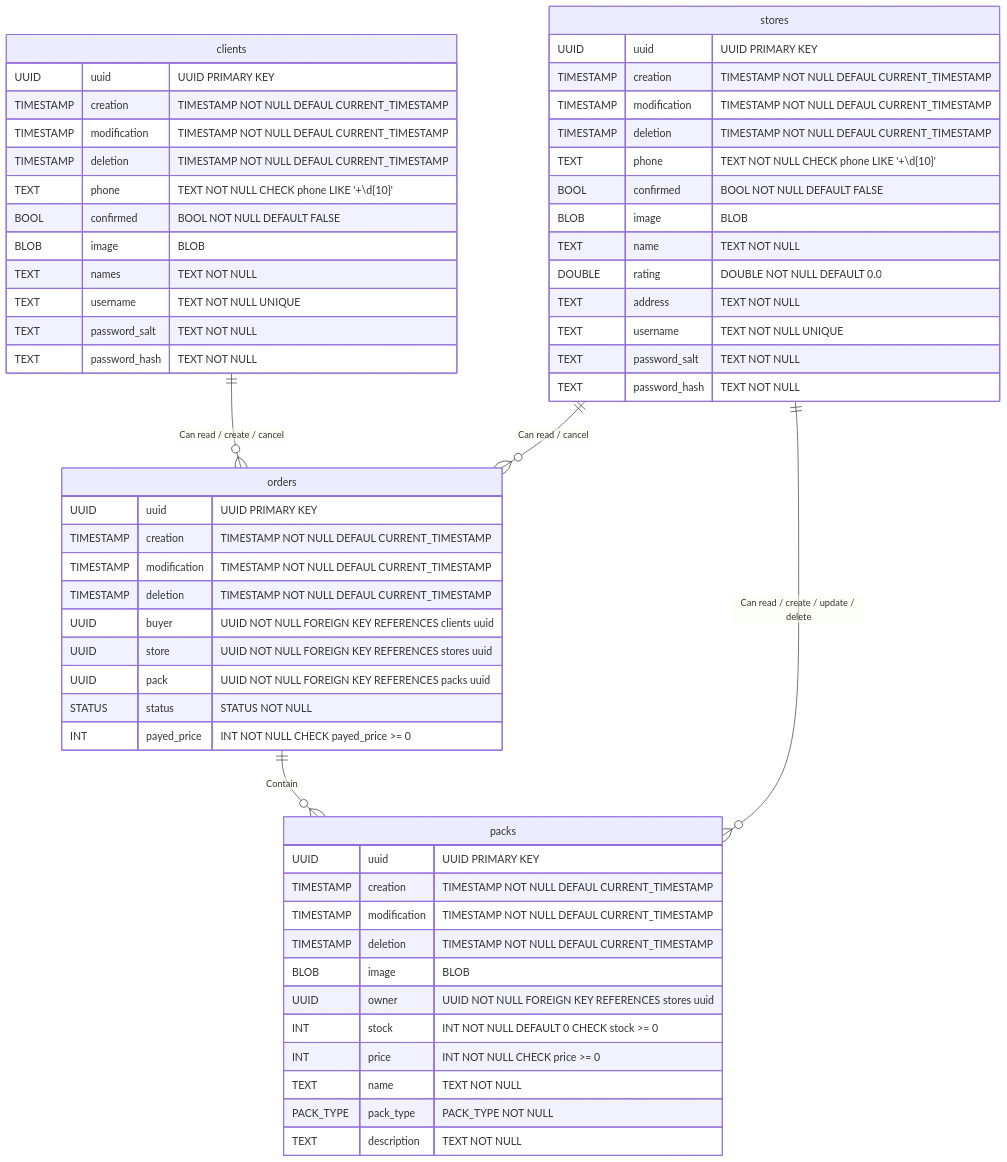
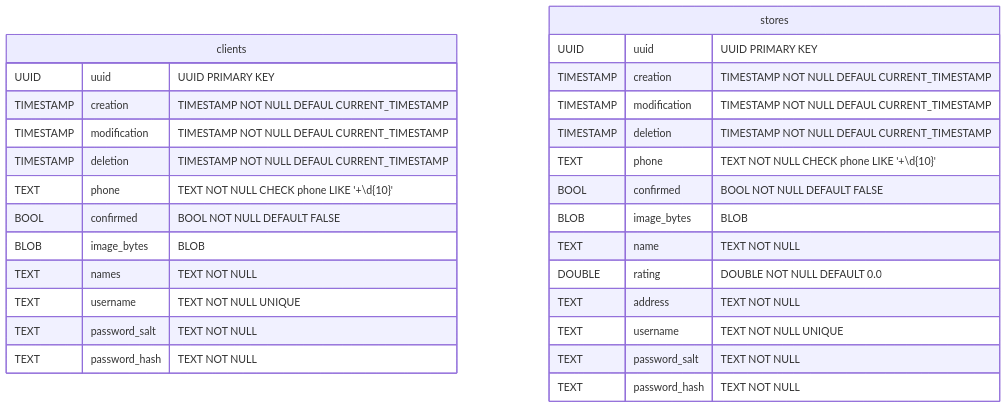
The first of 5 diagrams in docs/Database.md (ReSupplyOrg/dealer), drawn with Mermaid before and after one commit. The commit also changed other lines of this file, not shown here.

````diff
--- a/docs/Database.md
+++ b/docs/Database.md
@@ -5,64 +7,32 @@
 ```mermaid
 erDiagram
 
 clients {
 	UUID uuid "UUID PRIMARY KEY"
 	TIMESTAMP creation "TIMESTAMP NOT NULL DEFAUL CURRENT_TIMESTAMP"
 	TIMESTAMP modification "TIMESTAMP NOT NULL DEFAUL CURRENT_TIMESTAMP"
 	TIMESTAMP deletion "TIMESTAMP NOT NULL DEFAUL CURRENT_TIMESTAMP"
 	TEXT phone "TEXT NOT NULL CHECK phone LIKE '\+\d{10}'"
 	BOOL confirmed "BOOL NOT NULL DEFAULT FALSE"
-	BLOB image "BLOB"
+	BLOB image_bytes "BLOB"
 	TEXT names "TEXT NOT NULL"
 	TEXT username "TEXT NOT NULL UNIQUE"
 	TEXT password_salt "TEXT NOT NULL"
 	TEXT password_hash "TEXT NOT NULL"
 }
-
 stores {
 	UUID uuid "UUID PRIMARY KEY"
 	TIMESTAMP creation "TIMESTAMP NOT NULL DEFAUL CURRENT_TIMESTAMP"
 	TIMESTAMP modification "TIMESTAMP NOT NULL DEFAUL CURRENT_TIMESTAMP"
 	TIMESTAMP deletion "TIMESTAMP NOT NULL DEFAUL CURRENT_TIMESTAMP"
 	TEXT phone "TEXT NOT NULL CHECK phone LIKE '\+\d{10}'"
 	BOOL confirmed "BOOL NOT NULL DEFAULT FALSE"
-	BLOB image "BLOB"
+	BLOB image_bytes "BLOB"
 	TEXT name "TEXT NOT NULL"
 	DOUBLE rating "DOUBLE NOT NULL DEFAULT 0.0"
 	TEXT address "TEXT NOT NULL"
 	TEXT username "TEXT NOT NULL UNIQUE"
 	TEXT password_salt "TEXT NOT NULL"
 	TEXT password_hash "TEXT NOT NULL"
 }
-
-packs {
-	UUID uuid "UUID PRIMARY KEY"
-	TIMESTAMP creation "TIMESTAMP NOT NULL DEFAUL CURRENT_TIMESTAMP"
-	TIMESTAMP modification "TIMESTAMP NOT NULL DEFAUL CURRENT_TIMESTAMP"
-	TIMESTAMP deletion "TIMESTAMP NOT NULL DEFAUL CURRENT_TIMESTAMP"
-	BLOB image "BLOB"
-	UUID owner "UUID NOT NULL FOREIGN KEY REFERENCES stores uuid"
-	INT stock "INT NOT NULL DEFAULT 0 CHECK stock >= 0"
-	INT price "INT NOT NULL CHECK price >= 0"
-	TEXT name "TEXT NOT NULL"
-	PACK_TYPE pack_type "PACK_TYPE NOT NULL"
-	TEXT description "TEXT NOT NULL"
-}
-
-orders {
-	UUID uuid "UUID PRIMARY KEY"
-	TIMESTAMP creation "TIMESTAMP NOT NULL DEFAUL CURRENT_TIMESTAMP"
-	TIMESTAMP modification "TIMESTAMP NOT NULL DEFAUL CURRENT_TIMESTAMP"
-	TIMESTAMP deletion "TIMESTAMP NOT NULL DEFAUL CURRENT_TIMESTAMP"
-	UUID buyer "UUID NOT NULL FOREIGN KEY REFERENCES clients uuid"
-	UUID store "UUID NOT NULL FOREIGN KEY REFERENCES stores uuid"
-	UUID pack "UUID NOT NULL FOREIGN KEY REFERENCES packs uuid"
-	STATUS status "STATUS NOT NULL"
-	INT payed_price "INT NOT NULL CHECK payed_price >= 0"
-}
-
-clients ||--o{ orders : "Can read / create / cancel"
-stores ||--o{ orders : "Can read / cancel"
-stores ||--o{ packs : "Can read / create / update / delete"
-orders ||--o{ packs : "Contain"
 ```
````
